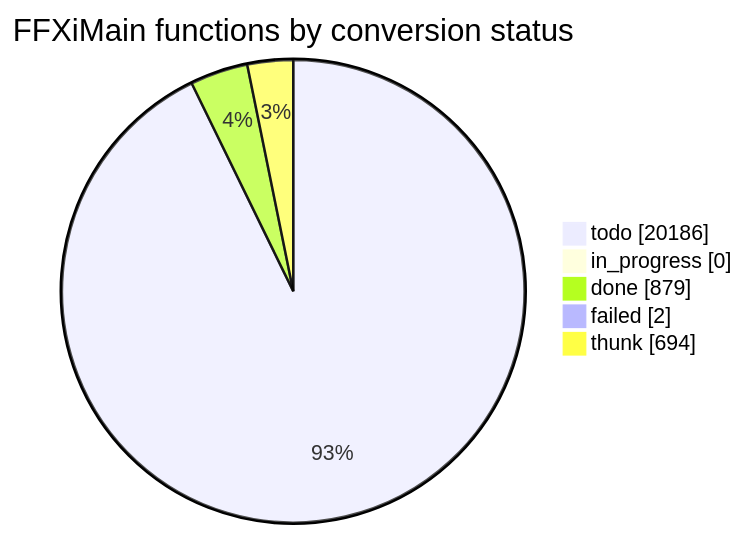
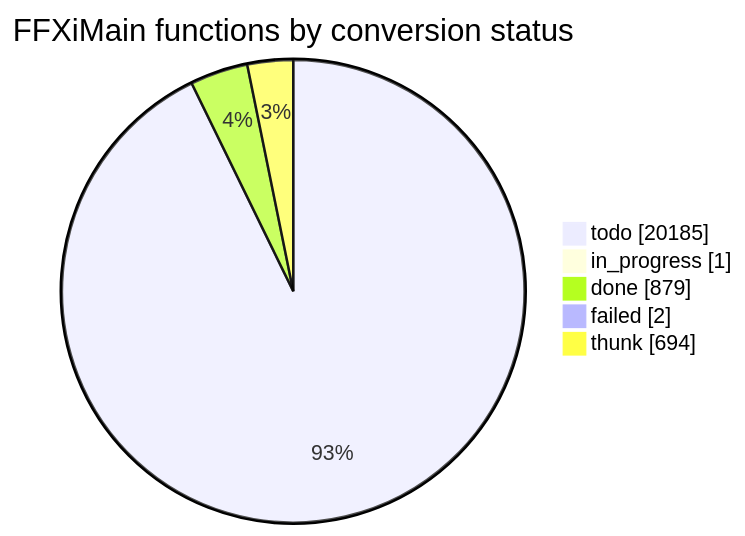
The diagram in docs/cow/STATUS.md (cowrevenge/cow_kuluu_xi_anything), drawn with Mermaid before and after one commit. The commit also changed other lines of this file and 7 other files, not shown here.

````diff
--- a/docs/cow/STATUS.md
+++ b/docs/cow/STATUS.md
@@ -18,9 +18,9 @@
 ```mermaid
 pie showData
     title FFXiMain functions by conversion status
-    "todo" : 20186
-    "in_progress" : 0
+    "todo" : 20185
+    "in_progress" : 1
     "done" : 879
     "failed" : 2
     "thunk" : 694
 ```
````
